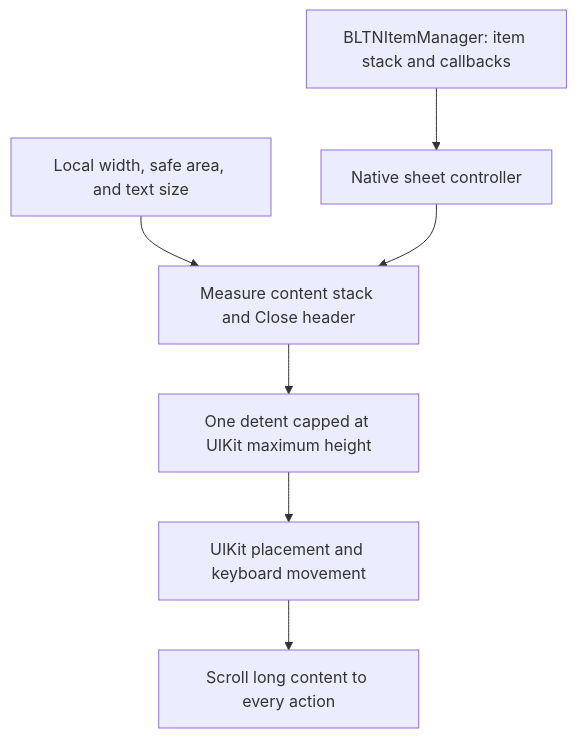
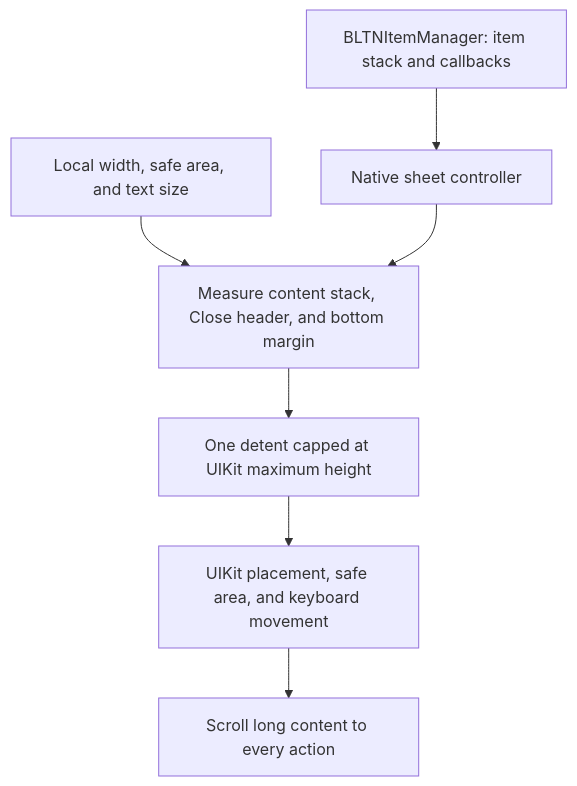
One commit to LambdaDigamma/BulletinBoard changed the first of 2 diagrams in guides/Adaptive Layout.md. Above: the diagram before and after it, drawn with Mermaid. The commit also changed other lines of this file and 5 other files, not shown here.

````diff
--- a/guides/Adaptive Layout.md
+++ b/guides/Adaptive Layout.md
@@ -9,9 +9,9 @@
 ```mermaid
 flowchart TD
     Manager[BLTNItemManager: item stack and callbacks] --> Sheet[Native sheet controller]
-    Bounds[Local width, safe area, and text size] --> Measure[Measure content stack and Close header]
+    Bounds[Local width, safe area, and text size] --> Measure[Measure content stack, Close header, and bottom margin]
     Sheet --> Measure
     Measure --> Detent[One detent capped at UIKit maximum height]
-    Detent --> UIKit[UIKit placement and keyboard movement]
+    Detent --> UIKit[UIKit placement, safe area, and keyboard movement]
     UIKit --> Scroll[Scroll long content to every action]
 ```
````
